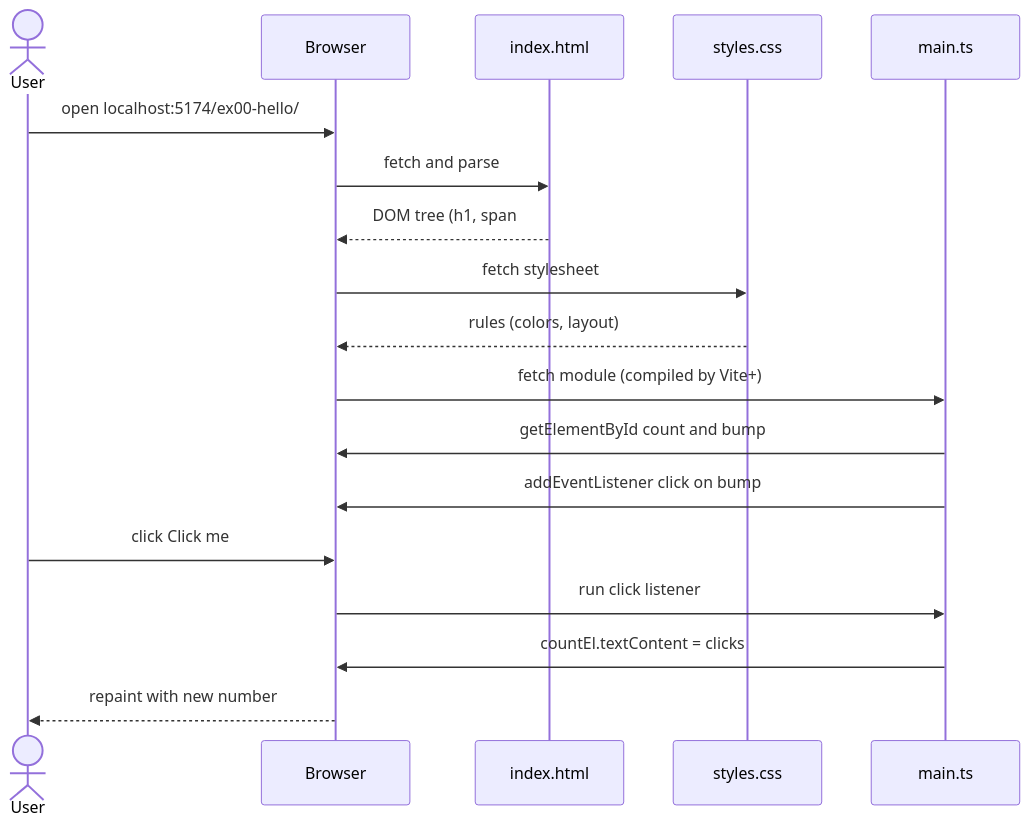
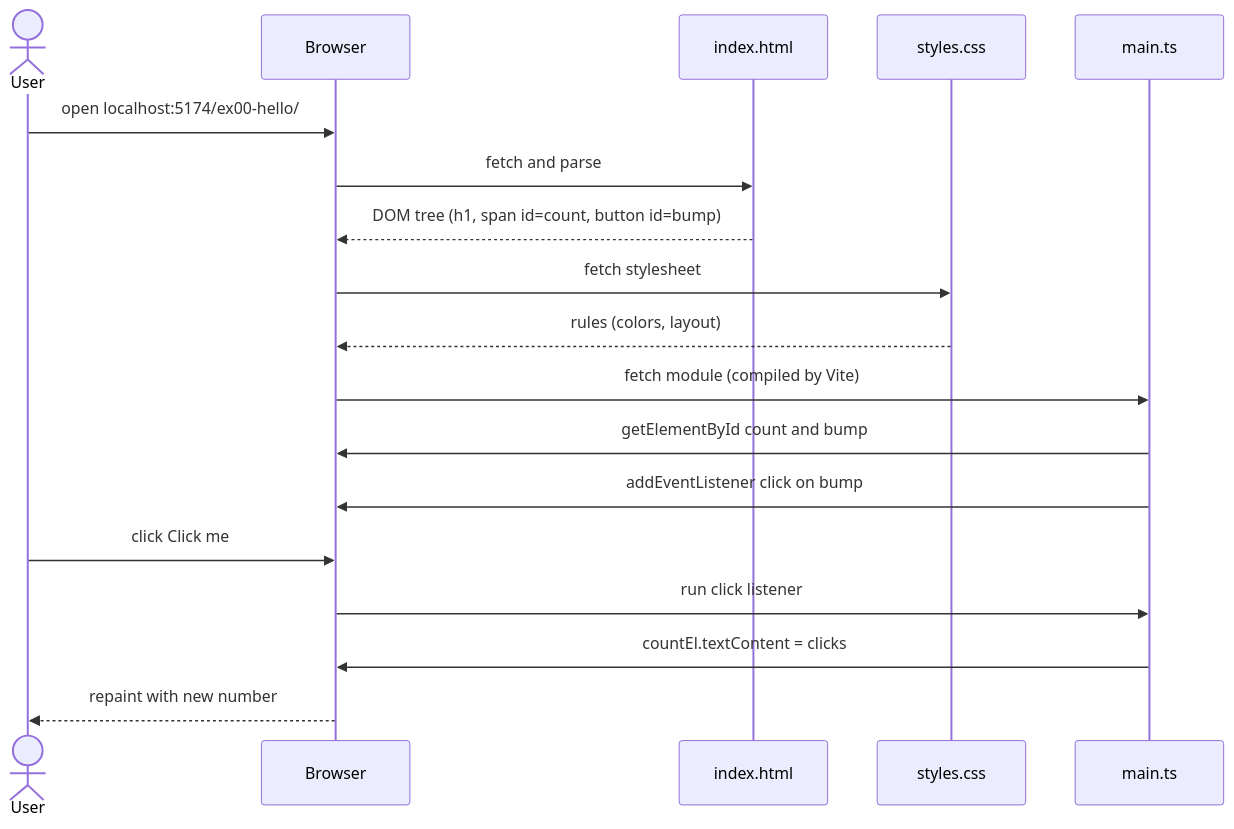
The first of 2 diagrams in web-app/ex00-hello/README.md (drsanti/hardware-interface-workshop), drawn with Mermaid before and after one commit. The commit also changed other lines of this file and 184 other files, not shown here.

````diff
--- a/web-app/ex00-hello/README.md
+++ b/web-app/ex00-hello/README.md
@@ -122,21 +122,21 @@
 ```mermaid
 sequenceDiagram
   actor User
   participant Browser
   participant HTML as index.html
   participant CSS as styles.css
   participant TS as main.ts
 
   User->>Browser: open localhost:5174/ex00-hello/
   Browser->>HTML: fetch and parse
-  HTML-->>Browser: DOM tree (h1, span#count, button#bump)
+  HTML-->>Browser: DOM tree (h1, span id=count, button id=bump)
   Browser->>CSS: fetch stylesheet
   CSS-->>Browser: rules (colors, layout)
-  Browser->>TS: fetch module (compiled by Vite+)
+  Browser->>TS: fetch module (compiled by Vite)
   TS->>Browser: getElementById count and bump
   TS->>Browser: addEventListener click on bump
   User->>Browser: click Click me
   Browser->>TS: run click listener
   TS->>Browser: countEl.textContent = clicks
   Browser-->>User: repaint with new number
 ```
````
